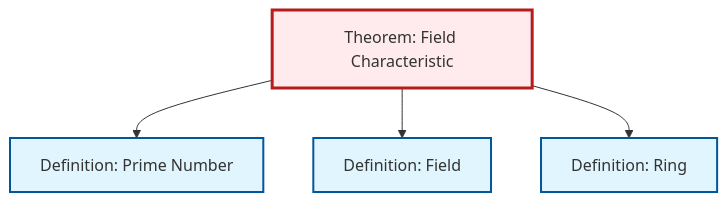
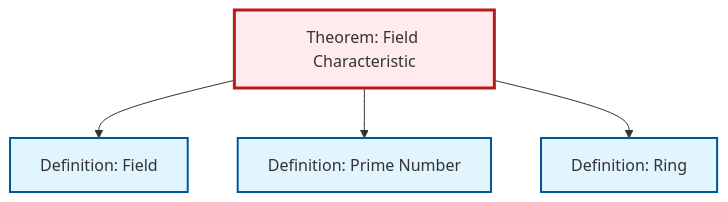
Before and after one commit to RK0429/ModernMath: the diagram in content/en/algebra/thm-field-characteristic.qmd, drawn with Mermaid. The commit also changed other lines of this file and 491 other files, not shown here.

````diff
--- a/content/en/algebra/thm-field-characteristic.qmd
+++ b/content/en/algebra/thm-field-characteristic.qmd
@@ -53,20 +53,20 @@
 ```{mermaid}
 %%| fig-cap: "Local dependency graph"
 graph TD
     classDef definition fill:#e1f5fe,stroke:#01579b,stroke-width:2px
     classDef theorem fill:#f3e5f5,stroke:#4a148c,stroke-width:2px
     classDef axiom fill:#fff3e0,stroke:#e65100,stroke-width:2px
     classDef example fill:#e8f5e9,stroke:#1b5e20,stroke-width:2px
     classDef current fill:#ffebee,stroke:#b71c1c,stroke-width:3px
     thm-field-characteristic["Theorem: Field Characteristic"]:::theorem
+    def-field["Definition: Field"]:::definition
     def-ring["Definition: Ring"]:::definition
     def-prime["Definition: Prime Number"]:::definition
-    def-field["Definition: Field"]:::definition
+    thm-field-characteristic --> def-field
     thm-field-characteristic --> def-prime
-    thm-field-characteristic --> def-field
     thm-field-characteristic --> def-ring
     class thm-field-characteristic current
+    click def-field "def-field.html" "Go to Field definition"
     click def-ring "def-ring.html" "Go to Ring definition"
     click def-prime "def-prime.html" "Go to Prime Number definition"
-    click def-field "def-field.html" "Go to Field definition"
 ```
````
